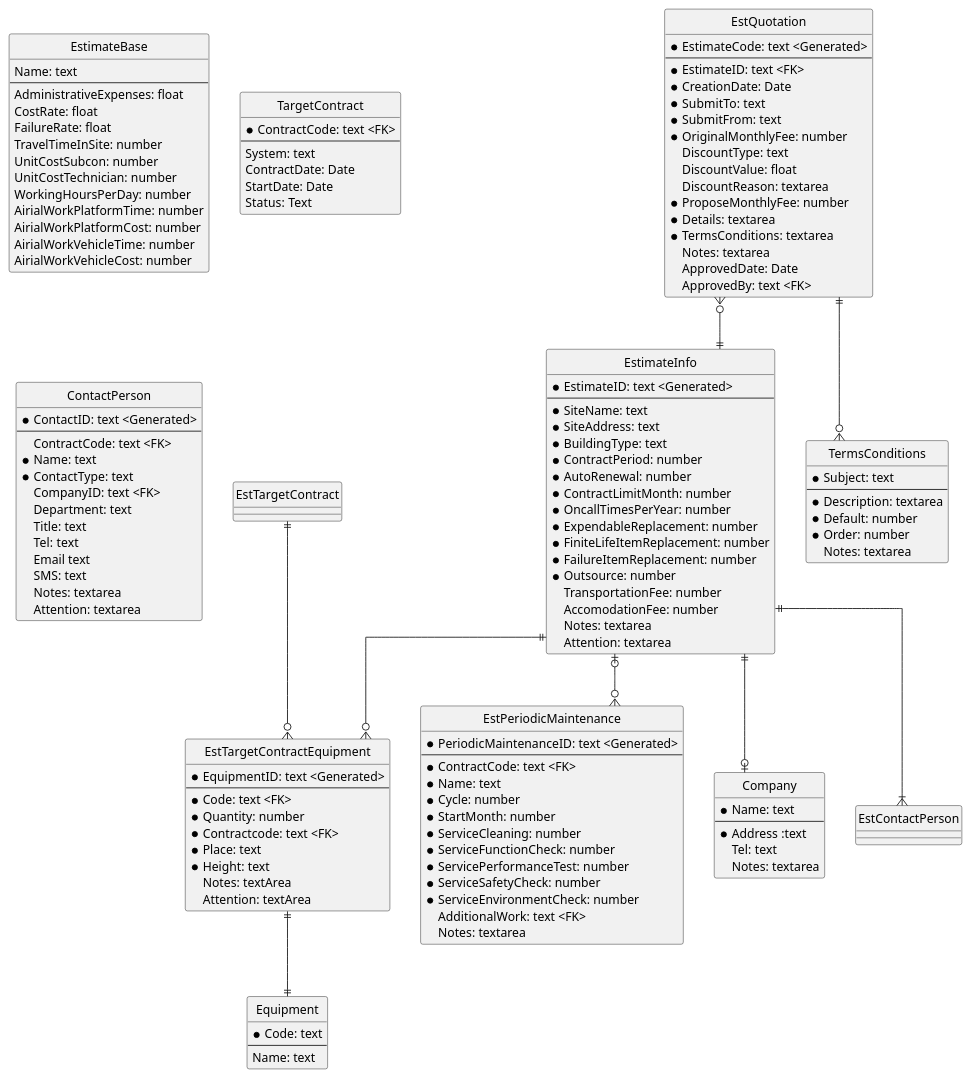
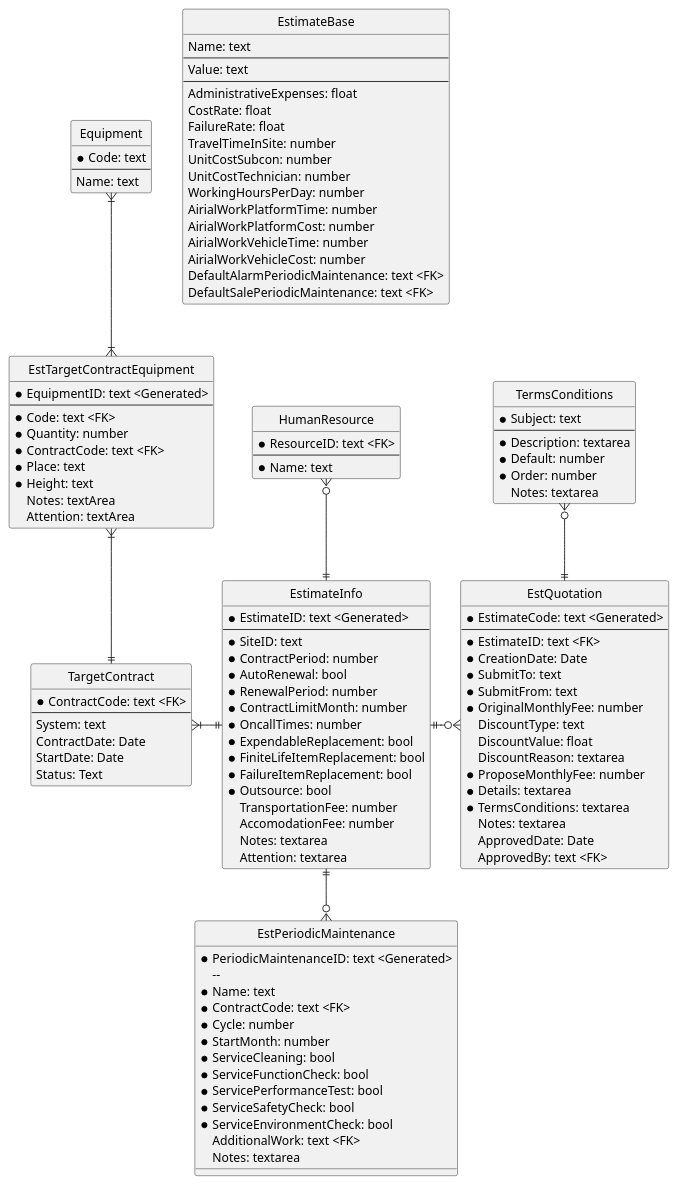
One commit to himiz6912/mms changed the diagram in er_estimate.pu. Above: the diagram before and after it, drawn with PlantUML. The commit also changed 3 other files, not shown here.

```diff
--- a/er_estimate.pu
+++ b/er_estimate.pu
@@ -1,139 +1,134 @@
 @startuml
 hide circle
 skinparam linetype ortho
 
 entity EstimateBase {
     Name: text
+    --
+    Value: text
     --
     AdministrativeExpenses: float
     CostRate: float
     FailureRate: float
     TravelTimeInSite: number
     UnitCostSubcon: number
     UnitCostTechnician: number
     WorkingHoursPerDay: number
     AirialWorkPlatformTime: number
     AirialWorkPlatformCost: number
     AirialWorkVehicleTime: number
     AirialWorkVehicleCost: number
+    DefaultAlarmPeriodicMaintenance: text <FK>
+    DefaultSalePeriodicMaintenance: text <FK>
 }
+' use key-value model because calculation method is different.
+
 entity EstimateInfo {
     * EstimateID: text <Generated>
     --
-    * SiteName: text
-    * SiteAddress: text
-    * BuildingType: text
+    * SiteID: text
     * ContractPeriod: number
-    * AutoRenewal: number
+    * AutoRenewal: bool
+    * RenewalPeriod: number
     * ContractLimitMonth: number
-    * OncallTimesPerYear: number
-    * ExpendableReplacement: number
-    * FiniteLifeItemReplacement: number
-    * FailureItemReplacement: number
-    * Outsource: number
+    * OncallTimes: number
+    * ExpendableReplacement: bool
+    * FiniteLifeItemReplacement: bool
+    * FailureItemReplacement: bool
+    * Outsource: bool
     TransportationFee: number
     AccomodationFee: number
     Notes: textarea
     Attention: textarea
 }
-' EstimateID=1: Default setting
+
 entity TargetContract {
     * ContractCode: text <FK>
     --
     System: text
     ContractDate: Date
     StartDate: Date
     Status: Text
 }
-' for demo, actually use CMS of each company.
+' It's for demo, actually use CMS of each company.
+
 entity EstTargetContractEquipment {
     * EquipmentID: text <Generated>
     --
     * Code: text <FK>
     * Quantity: number
-    * Contractcode: text <FK>
+    * ContractCode: text <FK>
     * Place: text
     * Height: text
     Notes: textArea
     Attention: textArea
 }
+' ContractCode can be set estimate code also.
+' Height: Normal height/ Airial work platform/ Airial Work vehicle
+
 entity EstPeriodicMaintenance {
-    * PeriodicMaintenanceID: text <Generated>
+   * PeriodicMaintenanceID: text <Generated>
     --
+    * Name: text
     * ContractCode: text <FK>
-    * Name: text
     * Cycle: number
     * StartMonth: number
-    * ServiceCleaning: number
-    * ServiceFunctionCheck: number
-    * ServicePerformanceTest: number
-    * ServiceSafetyCheck: number
-    * ServiceEnvironmentCheck: number
+    * ServiceCleaning: bool
+    * ServiceFunctionCheck: bool
+    * ServicePerformanceTest: bool
+    * ServiceSafetyCheck: bool
+    * ServiceEnvironmentCheck: bool
     AdditionalWork: text <FK>
     Notes: textarea
 }
-' PeriodicMaintenanceID=1: Default setting
+
 entity Equipment {
     * Code: text
     --
     Name: text
 }
-entity ContactPerson {
-    * ContactID: text <Generated>
+
+entity HumanResource {
+    * ResourceID: text <FK>
     --
-    ContractCode: text <FK>
     * Name: text
-    * ContactType: text
-    CompanyID: text <FK>
-    Department: text
-    Title: text
-    Tel: text
-    Email text
-    SMS: text
-    Notes: textarea
-    Attention: textarea
 }
-entity Company {
-    * Name: text
-    --
-    * Address :text
-    Tel: text
-    Notes: textarea
-}
+
 entity EstQuotation {
     * EstimateCode: text <Generated>
     --
     * EstimateID: text <FK>
     * CreationDate: Date
     * SubmitTo: text
     * SubmitFrom: text
     * OriginalMonthlyFee: number
     DiscountType: text
     DiscountValue: float
     DiscountReason: textarea
     * ProposeMonthlyFee: number
     * Details: textarea
     * TermsConditions: textarea
     Notes: textarea
     ApprovedDate: Date
     ApprovedBy: text <FK>
 }
 ' DiscountType: Percentage/ Fixed fee/
+
 entity TermsConditions {
     * Subject: text
     --
     * Description: textarea
     * Default: number
     * Order: number 
     Notes: textarea
 }
 
-EstimateInfo ||--o{ EstTargetContractEquipment
-EstimateInfo ||--o| Company
-EstimateInfo |o--o{ EstPeriodicMaintenance
-EstimateInfo ||--|{ EstContactPerson
-EstTargetContract ||--o{ EstTargetContractEquipment
-EstTargetContractEquipment ||--|| Equipment
-EstQuotation }o--|| EstimateInfo
-EstQuotation ||--o{ TermsConditions
+Equipment }|-d-|{ EstTargetContractEquipment
+HumanResource }o--|| EstimateInfo
+EstimateInfo ||-l-|{ TargetContract
+EstTargetContractEquipment }|--|| TargetContract
+EstimateInfo ||--o{ EstPeriodicMaintenance
+TermsConditions }o--|| EstQuotation
+EstimateInfo ||-r-o{ EstQuotation
+
 @enduml
```
